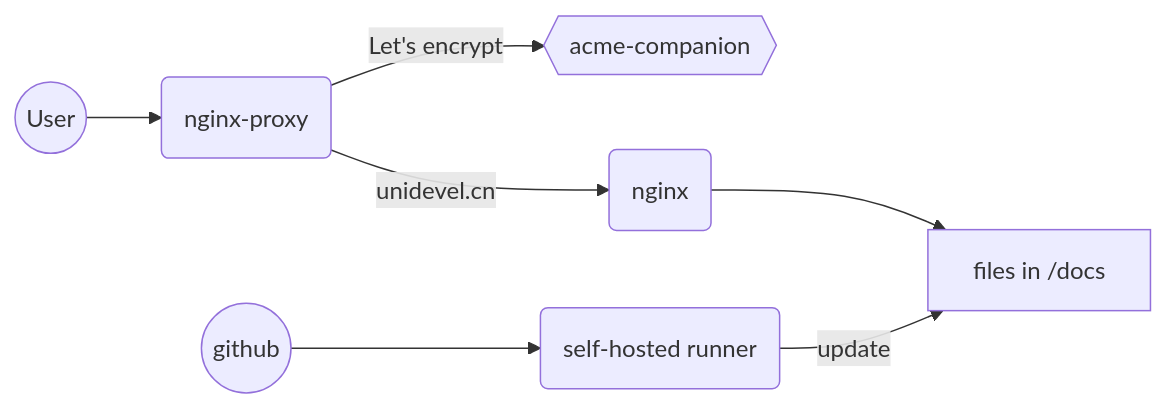
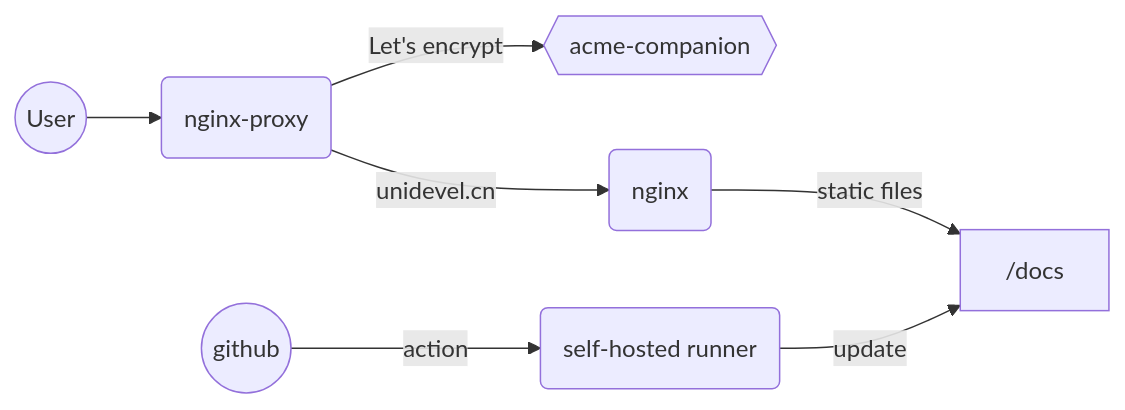
The first of 2 diagrams in docs/README.md (unidevel/mysite), drawn with Mermaid before and after one commit. The commit also changed other lines of this file, not shown here.

````diff
--- a/docs/README.md
+++ b/docs/README.md
@@ -5,8 +5,8 @@
 ```mermaid
 graph LR
     user(( User )) --> proxy
     proxy(nginx-proxy) -- Let's encrypt --> acme{{acme-companion}}
     proxy -- unidevel.cn --> nginx-docs(nginx)
-    nginx-docs --> site[ files in /docs ]
-    actions((github)) --> runner( self-hosted runner ) -- update --> site
+    nginx-docs -- static files --> site[ /docs ]
+    actions((github))  -- action --> runner( self-hosted runner ) -- update --> site
 ```
````
